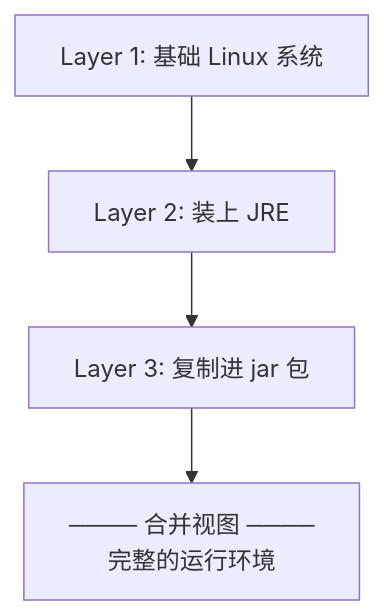
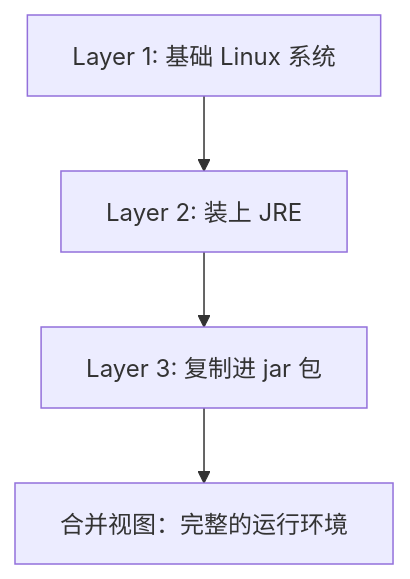
The fifth of 5 diagrams in source/_posts/Java-advanced/02-docker.md (rebibabo/rebibabo.github.io), drawn with Mermaid before and after one commit. The commit also changed 5 other files, not shown here.

````diff
--- a/source/_posts/Java-advanced/02-docker.md
+++ b/source/_posts/Java-advanced/02-docker.md
@@ -346,6 +346,6 @@
 ```mermaid
 graph TB
     L1["Layer 1: 基础 Linux 系统"] --> L2["Layer 2: 装上 JRE"]
     L2 --> L3["Layer 3: 复制进 jar 包"]
-    L3 --> View["──── 合并视图 ────<br/>完整的运行环境"]
+    L3 --> View["合并视图：完整的运行环境"]
 ```
````
